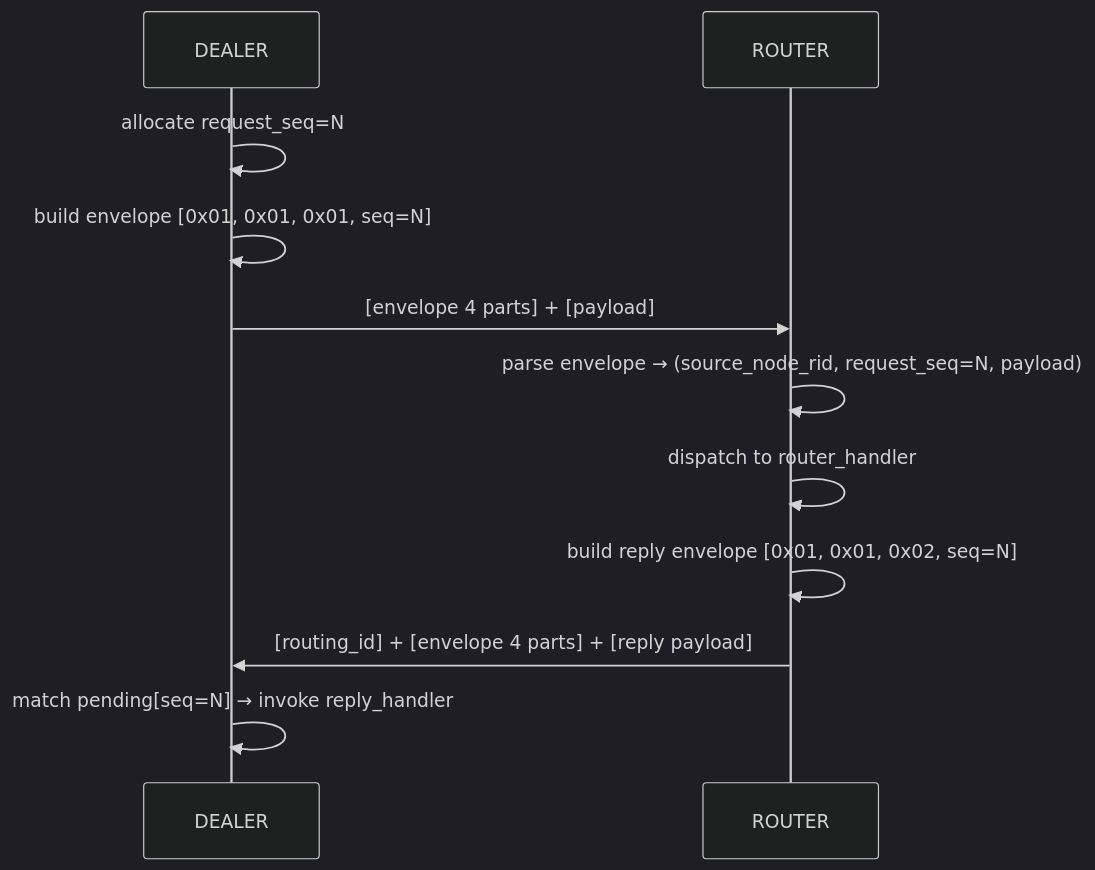
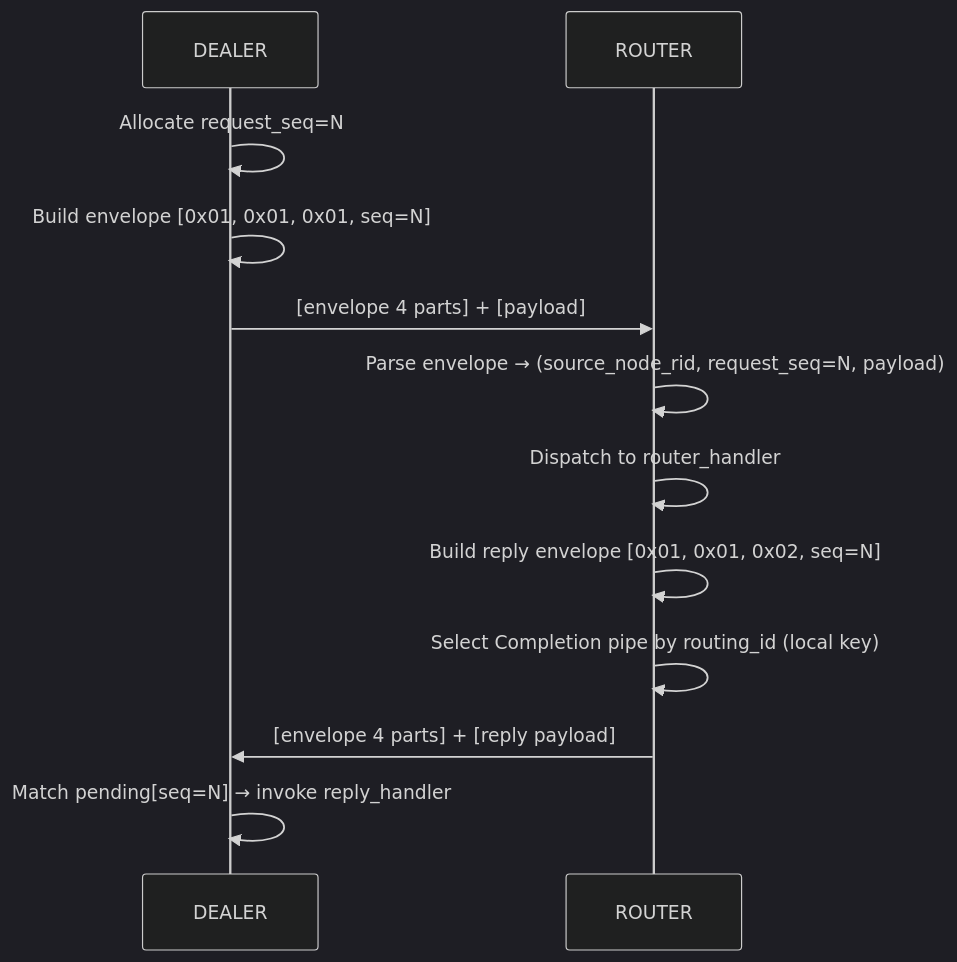
Before and after one commit to zlink-systems/zlink: the second of 2 diagrams in core/doc/spec/core/protocol/01-zmp.en.md, drawn with Mermaid (dark theme). The commit also changed other lines of this file and 74 other files, not shown here.

````diff
--- a/core/doc/spec/core/protocol/01-zmp.en.md
+++ b/core/doc/spec/core/protocol/01-zmp.en.md
@@ -146,14 +204,15 @@
 ```mermaid
 sequenceDiagram
     participant D as DEALER
     participant R as ROUTER
 
-    D->>D: allocate request_seq=N
-    D->>D: build envelope [0x01, 0x01, 0x01, seq=N]
+    D->>D: Allocate request_seq=N
+    D->>D: Build envelope [0x01, 0x01, 0x01, seq=N]
     D->>R: [envelope 4 parts] + [payload]
-    R->>R: parse envelope → (source_node_rid, request_seq=N, payload)
-    R->>R: dispatch to router_handler
-    R->>R: build reply envelope [0x01, 0x01, 0x02, seq=N]
-    R->>D: [routing_id] + [envelope 4 parts] + [reply payload]
-    D->>D: match pending[seq=N] → invoke reply_handler
+    R->>R: Parse envelope → (source_node_rid, request_seq=N, payload)
+    R->>R: Dispatch to router_handler
+    R->>R: Build reply envelope [0x01, 0x01, 0x02, seq=N]
+    R->>R: Select Completion pipe by routing_id (local key)
+    R->>D: [envelope 4 parts] + [reply payload]
+    D->>D: Match pending[seq=N] → invoke reply_handler
 ```
````
